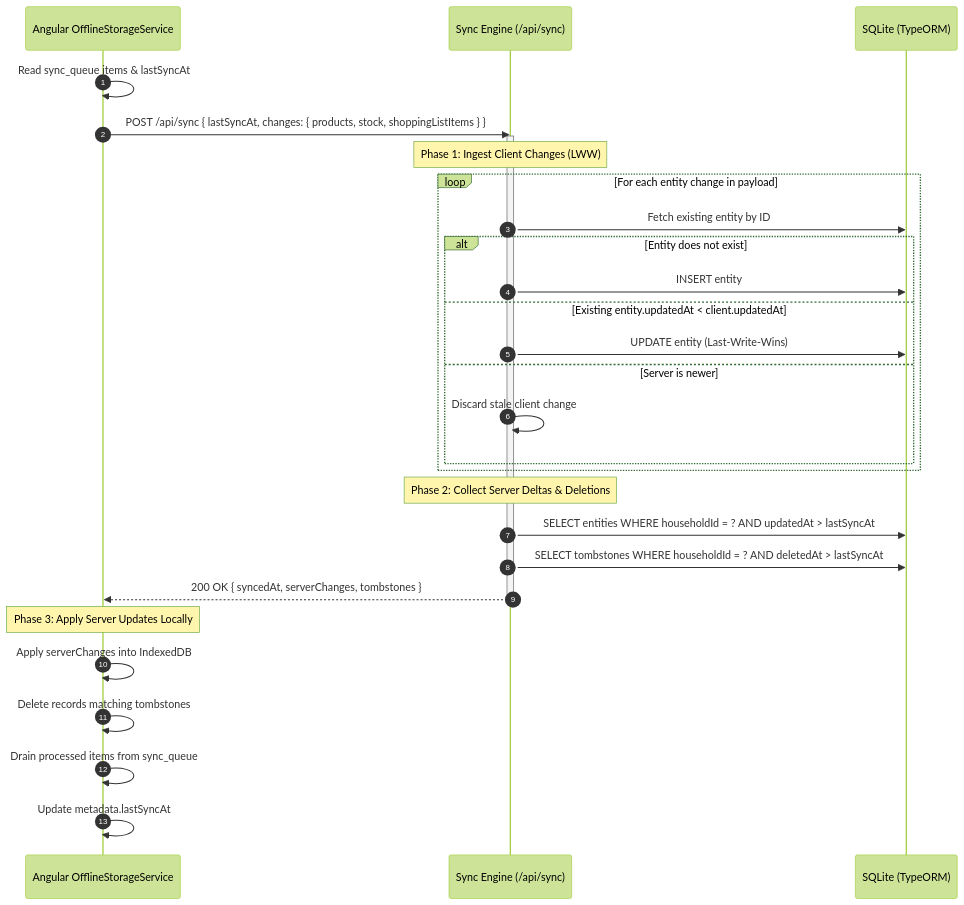
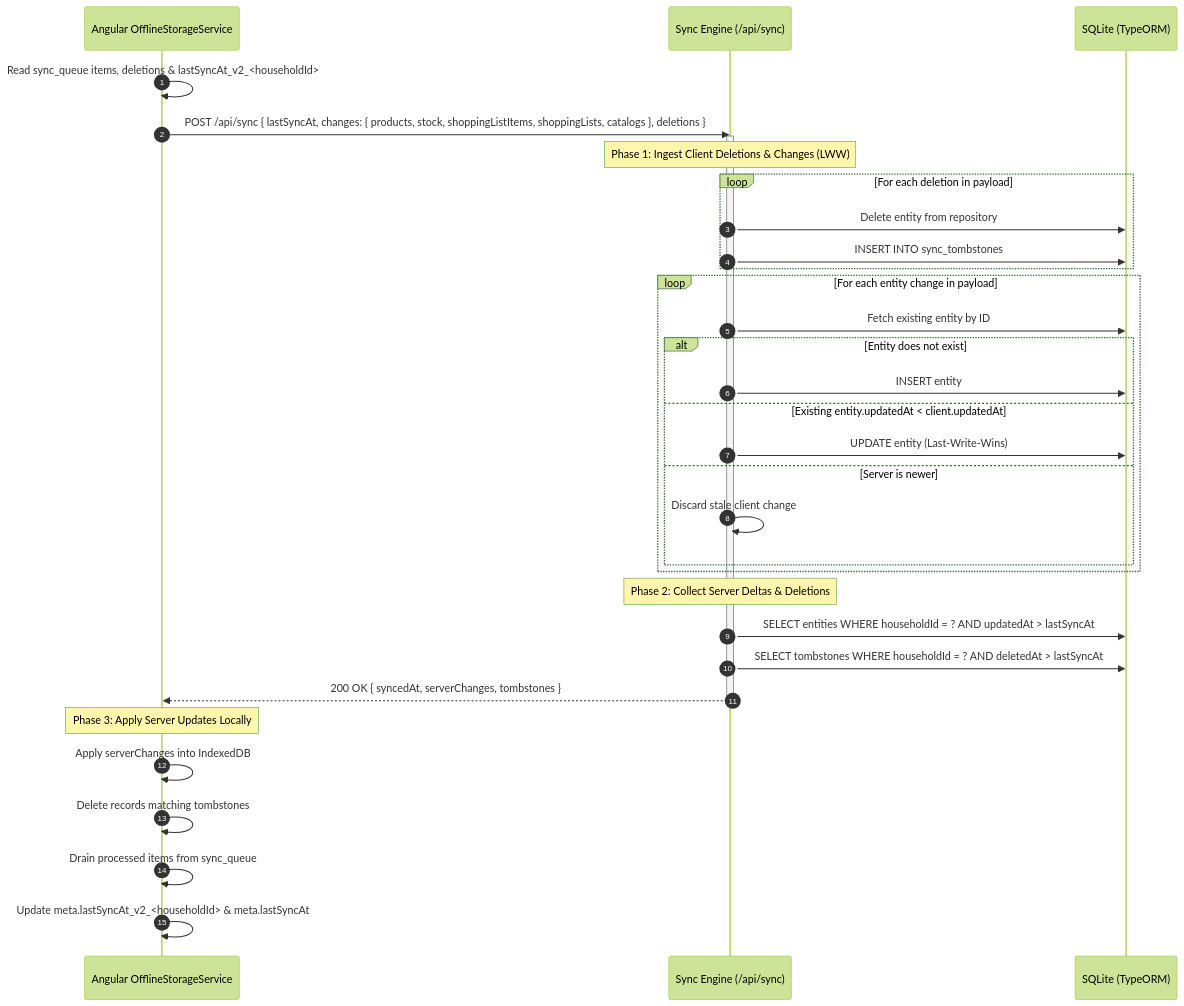
One commit to sorge13248/cambusa changed the diagram in docs/OFFLINE_SYNC.md. Above: the diagram before and after it, drawn with Mermaid (forest theme). The commit also changed other lines of this file and 69 other files, not shown here.

````diff
--- a/docs/OFFLINE_SYNC.md
+++ b/docs/OFFLINE_SYNC.md
@@ -59,35 +75,39 @@
 ```mermaid
 sequenceDiagram
     autonumber
     participant Client as Angular OfflineStorageService
     participant Engine as Sync Engine (/api/sync)
     participant DB as SQLite (TypeORM)
 
-    Client->>Client: Read sync_queue items & lastSyncAt
-    Client->>Engine: POST /api/sync { lastSyncAt, changes: { products, stock, shoppingListItems } }
+    Client->>Client: Read sync_queue items, deletions & lastSyncAt_v2_<householdId>
+    Client->>Engine: POST /api/sync { lastSyncAt, changes: { products, stock, shoppingListItems, shoppingLists, catalogs }, deletions }
     
     activate Engine
-    Note over Engine: Phase 1: Ingest Client Changes (LWW)
+    Note over Engine: Phase 1: Ingest Client Deletions & Changes (LWW)
+    loop For each deletion in payload
+        Engine->>DB: Delete entity from repository
+        Engine->>DB: INSERT INTO sync_tombstones
+    end
     loop For each entity change in payload
         Engine->>DB: Fetch existing entity by ID
         alt Entity does not exist
             Engine->>DB: INSERT entity
         else Existing entity.updatedAt < client.updatedAt
             Engine->>DB: UPDATE entity (Last-Write-Wins)
         else Server is newer
             Engine->>Engine: Discard stale client change
         end
     end
 
     Note over Engine: Phase 2: Collect Server Deltas & Deletions
     Engine->>DB: SELECT entities WHERE householdId = ? AND updatedAt > lastSyncAt
     Engine->>DB: SELECT tombstones WHERE householdId = ? AND deletedAt > lastSyncAt
     Engine-->>Client: 200 OK { syncedAt, serverChanges, tombstones }
     deactivate Engine
 
     Note over Client: Phase 3: Apply Server Updates Locally
     Client->>Client: Apply serverChanges into IndexedDB
     Client->>Client: Delete records matching tombstones
     Client->>Client: Drain processed items from sync_queue
-    Client->>Client: Update metadata.lastSyncAt
+    Client->>Client: Update meta.lastSyncAt_v2_<householdId> & meta.lastSyncAt
 ```
````
